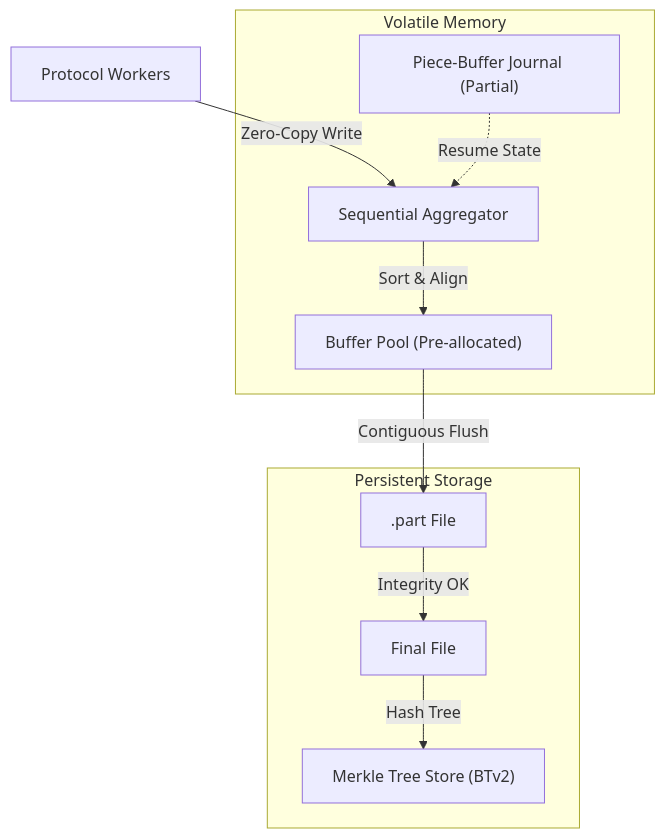
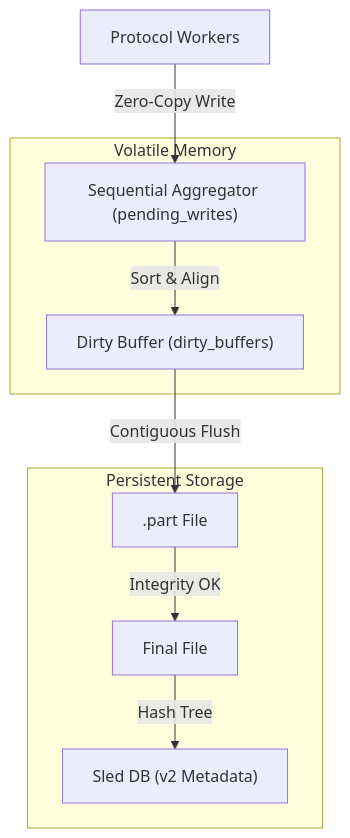
One commit to ronmkr/aura changed the fifth of 6 diagrams in aura-docs/project/ARCHITECTURE.md. Above: the diagram before and after it, drawn with Mermaid. The commit also changed other lines of this file and 23 other files, not shown here.

````diff
--- a/aura-docs/project/ARCHITECTURE.md
+++ b/aura-docs/project/ARCHITECTURE.md
@@ -180,21 +177,19 @@
 ```mermaid
 graph TD
     subgraph RAM ["Volatile Memory"]
-        BP["Buffer Pool (Pre-allocated)"]
-        Agg["Sequential Aggregator"]
-        Journal["Piece-Buffer Journal (Partial)"]
+        Agg["Sequential Aggregator (pending_writes)"]
+        Dirty["Dirty Buffer (dirty_buffers)"]
     end
 
     subgraph Disk ["Persistent Storage"]
         Part[".part File"]
         Final["Final File"]
-        Merkle["Merkle Tree Store (BTv2)"]
+        Sled["Sled DB (v2 Metadata)"]
     end
 
     Workers["Protocol Workers"] -- "Zero-Copy Write" --> Agg
-    Agg -- "Sort & Align" --> BP
-    BP -- "Contiguous Flush" --> Part
-    Journal -. "Resume State" .-> Agg
+    Agg -- "Sort & Align" --> Dirty
+    Dirty -- "Contiguous Flush" --> Part
     Part -- "Integrity OK" --> Final
-    Final -- "Hash Tree" --> Merkle
+    Final -- "Hash Tree" --> Sled
 ```
````
